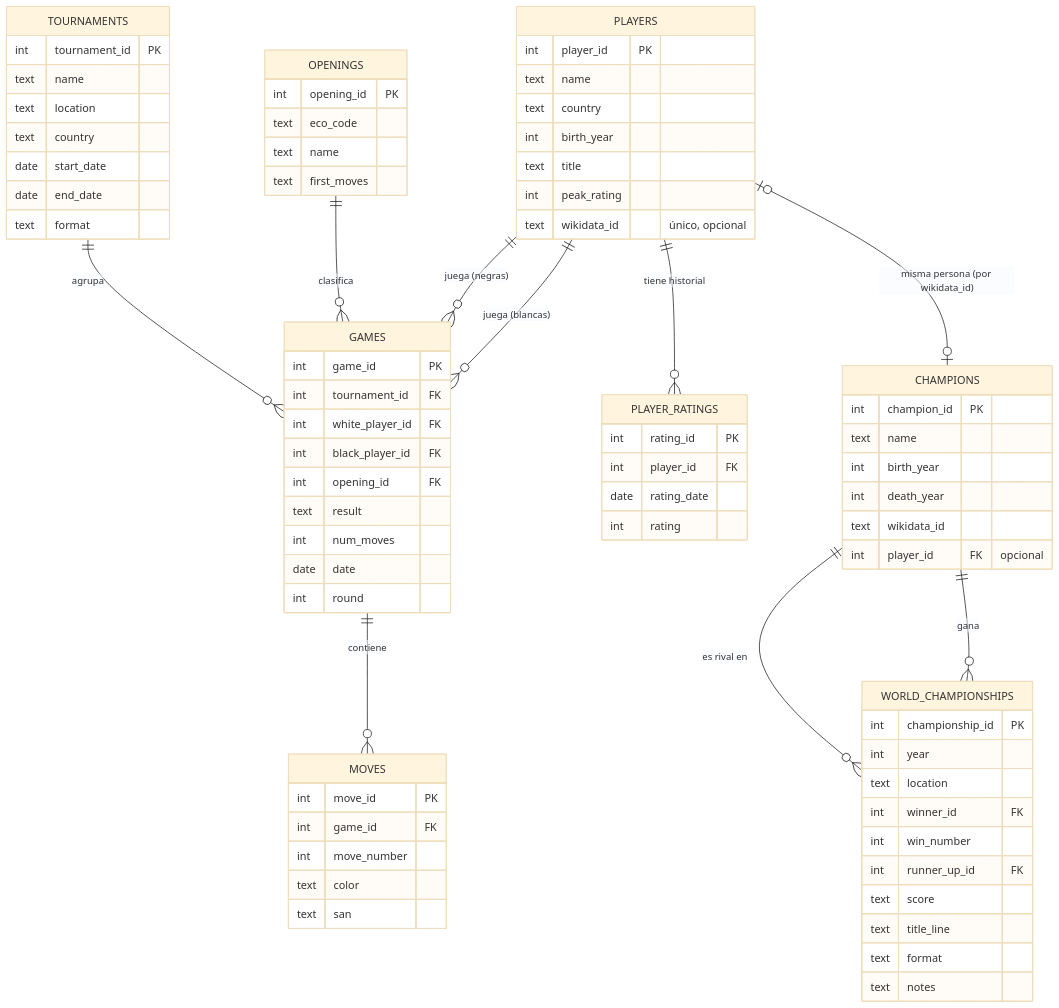
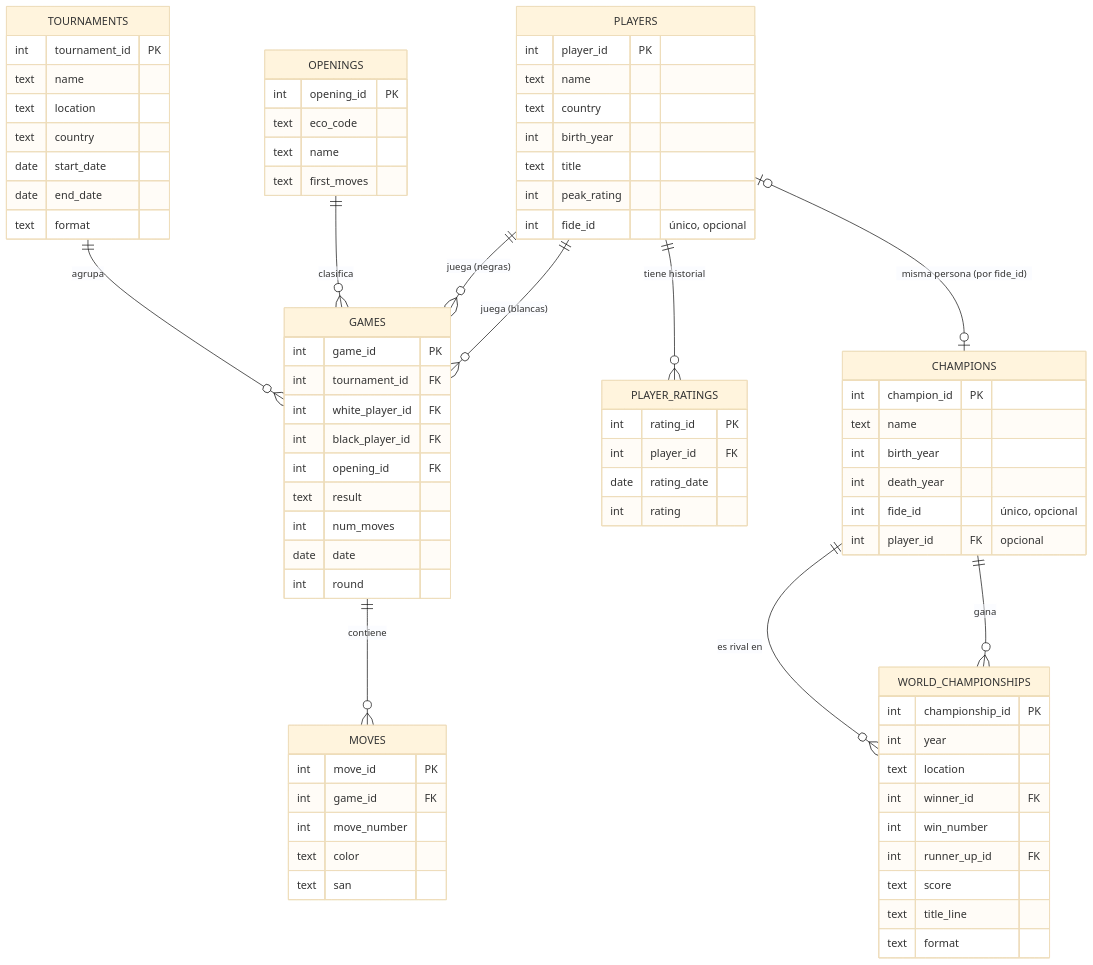
One commit to lautihevia/chess-sql-ai-agent changed the diagram in docs/data/data-model.md. Above: the diagram before and after it, drawn with Mermaid (base theme). The commit also changed other lines of this file and 6 other files, not shown here.

First line of the commit message:
refactor(db): link champions to players by FIDE ID and drop notes

````diff
--- a/docs/data/data-model.md
+++ b/docs/data/data-model.md
@@ -9,81 +9,80 @@
 ```mermaid
 erDiagram
     PLAYERS ||--o{ GAMES : "juega (blancas)"
     PLAYERS ||--o{ GAMES : "juega (negras)"
     PLAYERS ||--o{ PLAYER_RATINGS : "tiene historial"
     OPENINGS ||--o{ GAMES : "clasifica"
     TOURNAMENTS ||--o{ GAMES : "agrupa"
     GAMES ||--o{ MOVES : "contiene"
     CHAMPIONS ||--o{ WORLD_CHAMPIONSHIPS : "gana"
     CHAMPIONS ||--o{ WORLD_CHAMPIONSHIPS : "es rival en"
-    PLAYERS |o--o| CHAMPIONS : "misma persona (por wikidata_id)"
+    PLAYERS |o--o| CHAMPIONS : "misma persona (por fide_id)"
 
     PLAYERS {
         int player_id PK
         text name
         text country
         int birth_year
         text title
         int peak_rating
-        text wikidata_id "único, opcional"
+        int fide_id "único, opcional"
     }
     OPENINGS {
         int opening_id PK
         text eco_code
         text name
         text first_moves
     }
     TOURNAMENTS {
         int tournament_id PK
         text name
         text location
         text country
         date start_date
         date end_date
         text format
     }
     GAMES {
         int game_id PK
         int tournament_id FK
         int white_player_id FK
         int black_player_id FK
         int opening_id FK
         text result
         int num_moves
         date date
         int round
     }
     MOVES {
         int move_id PK
         int game_id FK
         int move_number
         text color
         text san
     }
     PLAYER_RATINGS {
         int rating_id PK
         int player_id FK
         date rating_date
         int rating
     }
     CHAMPIONS {
         int champion_id PK
         text name
         int birth_year
         int death_year
-        text wikidata_id
+        int fide_id "único, opcional"
         int player_id FK "opcional"
     }
     WORLD_CHAMPIONSHIPS {
         int championship_id PK
         int year
         text location
         int winner_id FK
         int win_number
         int runner_up_id FK
         text score
         text title_line
         text format
-        text notes
     }
 ```
````
